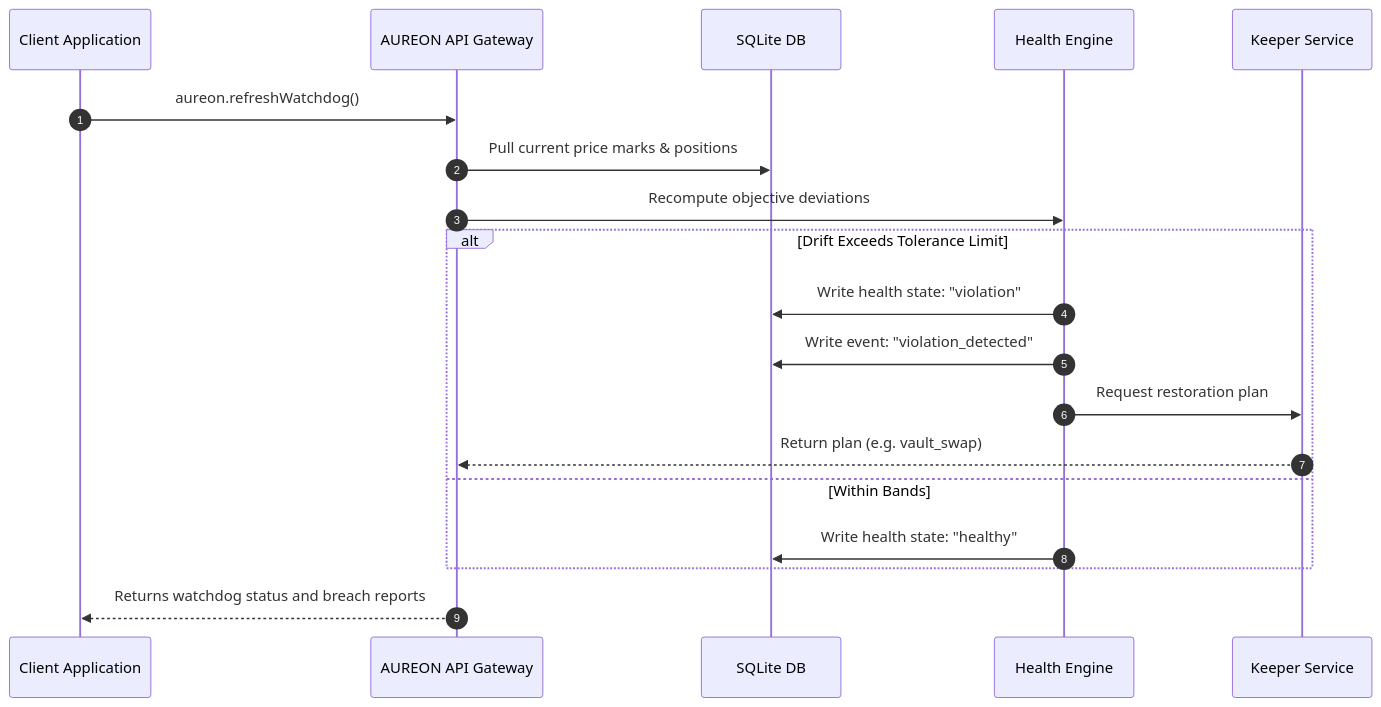
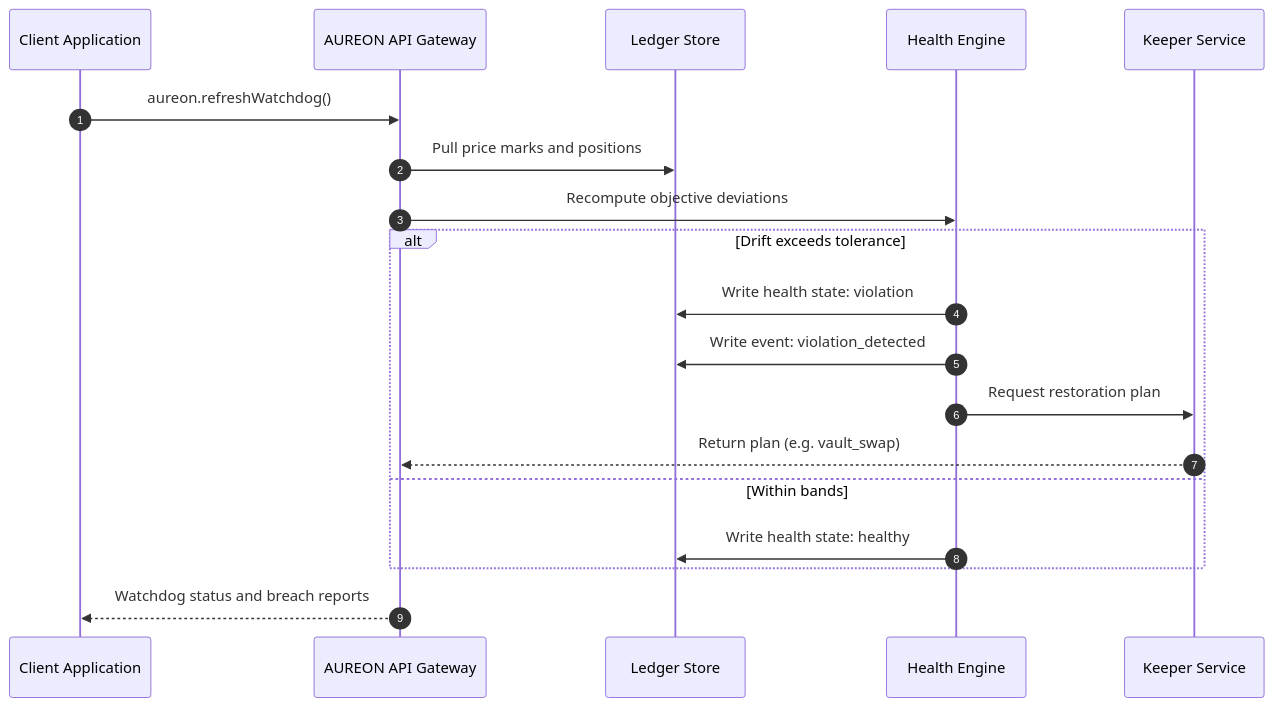
Before and after one commit to buildaureon/aureon-sdk: the fifth of 5 diagrams in README.md, drawn with Mermaid. The commit also changed other lines of this file, not shown here.

Commit message:
docs: rewrite README with architecture diagrams and ecosystem overview

````diff
--- a/README.md
+++ b/README.md
@@ -165,22 +269,22 @@
 ```mermaid
 sequenceDiagram
   autonumber
   participant Client as Client Application
   participant API as AUREON API Gateway
-  participant DB as SQLite DB
+  participant DB as Ledger Store
   participant Engine as Health Engine
   participant Keeper as Keeper Service
 
   Client->>API: aureon.refreshWatchdog()
-  API->>DB: Pull current price marks & positions
+  API->>DB: Pull price marks and positions
   API->>Engine: Recompute objective deviations
-  alt Drift Exceeds Tolerance Limit
-    Engine->>DB: Write health state: "violation"
-    Engine->>DB: Write event: "violation_detected"
+  alt Drift exceeds tolerance
+    Engine->>DB: Write health state: violation
+    Engine->>DB: Write event: violation_detected
     Engine->>Keeper: Request restoration plan
     Keeper-->>API: Return plan (e.g. vault_swap)
-  else Within Bands
-    Engine->>DB: Write health state: "healthy"
+  else Within bands
+    Engine->>DB: Write health state: healthy
   end
-  API-->>Client: Returns watchdog status and breach reports
+  API-->>Client: Watchdog status and breach reports
 ```
````
